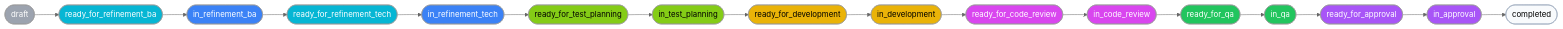
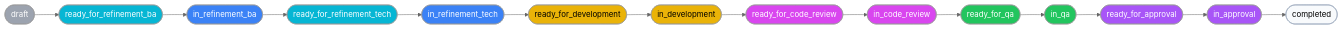
One commit to jwwelbor/shark-task-manager changed the sixth of 8 diagrams in docs/guides/multi-level-workflow.md. Above: the diagram before and after it, drawn with Mermaid (neutral theme). The commit also changed other lines of this file and 1 other file, not shown here.

````diff
--- a/docs/guides/multi-level-workflow.md
+++ b/docs/guides/multi-level-workflow.md
@@ -201,28 +272,25 @@
 ```mermaid
 flowchart LR
     draft([draft]):::gray --> rfba([ready_for_refinement_ba]):::cyan
     rfba --> irba([in_refinement_ba]):::blue
     irba --> rfrt([ready_for_refinement_tech]):::cyan
     rfrt --> irrt([in_refinement_tech]):::blue
-    irrt --> rftp([ready_for_test_planning]):::lime
-    rftp --> itp([in_test_planning]):::lime
-    itp --> rfd([ready_for_development]):::yellow
+    irrt --> rfd([ready_for_development]):::yellow
     rfd --> id([in_development]):::yellow
     id --> rfcr([ready_for_code_review]):::magenta
     rfcr --> icr([in_code_review]):::magenta
     icr --> rfqa([ready_for_qa]):::green
     rfqa --> iqa([in_qa]):::green
     iqa --> rfa([ready_for_approval]):::purple
     rfa --> ia([in_approval]):::purple
     ia --> completed([completed]):::white
 
     classDef gray fill:#9ca3af,color:#fff
     classDef cyan fill:#06b6d4,color:#fff
     classDef blue fill:#3b82f6,color:#fff
-    classDef lime fill:#84cc16,color:#000
     classDef yellow fill:#eab308,color:#000
     classDef magenta fill:#d946ef,color:#fff
     classDef green fill:#22c55e,color:#fff
     classDef purple fill:#a855f7,color:#fff
     classDef white fill:#f8fafc,color:#000,stroke:#94a3b8
 ```
````
